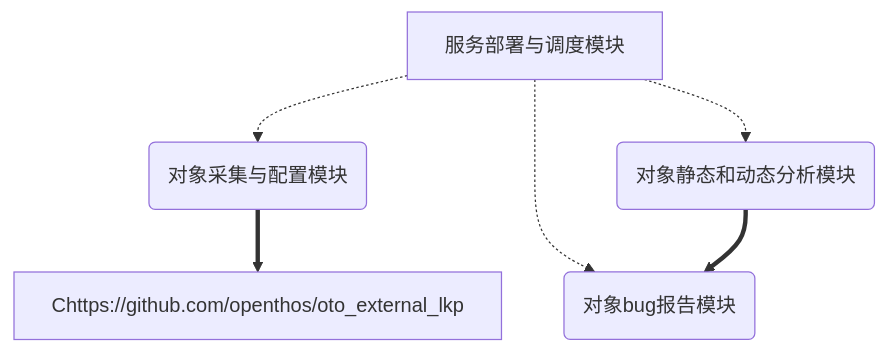
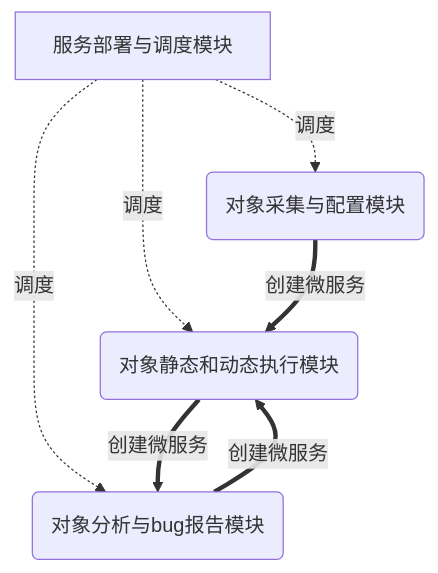
The first of 2 diagrams in doc/kis-design/kis-design.md (openthos/kis-analysis), drawn with Mermaid before and after one commit. The commit also changed other lines of this file, not shown here.

````diff
--- a/doc/kis-design/kis-design.md
+++ b/doc/kis-design/kis-design.md
@@ -50,8 +52,9 @@
 ```mermaid
 graph TD
-A[服务部署与调度模块] -.->B(对象采集与配置模块)
-    A -.-> C(对象静态和动态分析模块)
-    A -.-> D(对象bug报告模块)
-    B ==> Chttps://github.com/openthos/oto_external_lkp
-    C ==> D
+A[服务部署与调度模块] -.->|调度|B(对象采集与配置模块)
+    A -.-> |调度|C(对象静态和动态执行模块)
+    A -.-> |调度|D(对象分析与bug报告模块)
+    B ==> |创建微服务|C
+    C ==> |创建微服务|D
+    D ==> |创建微服务|C
 ```
````
